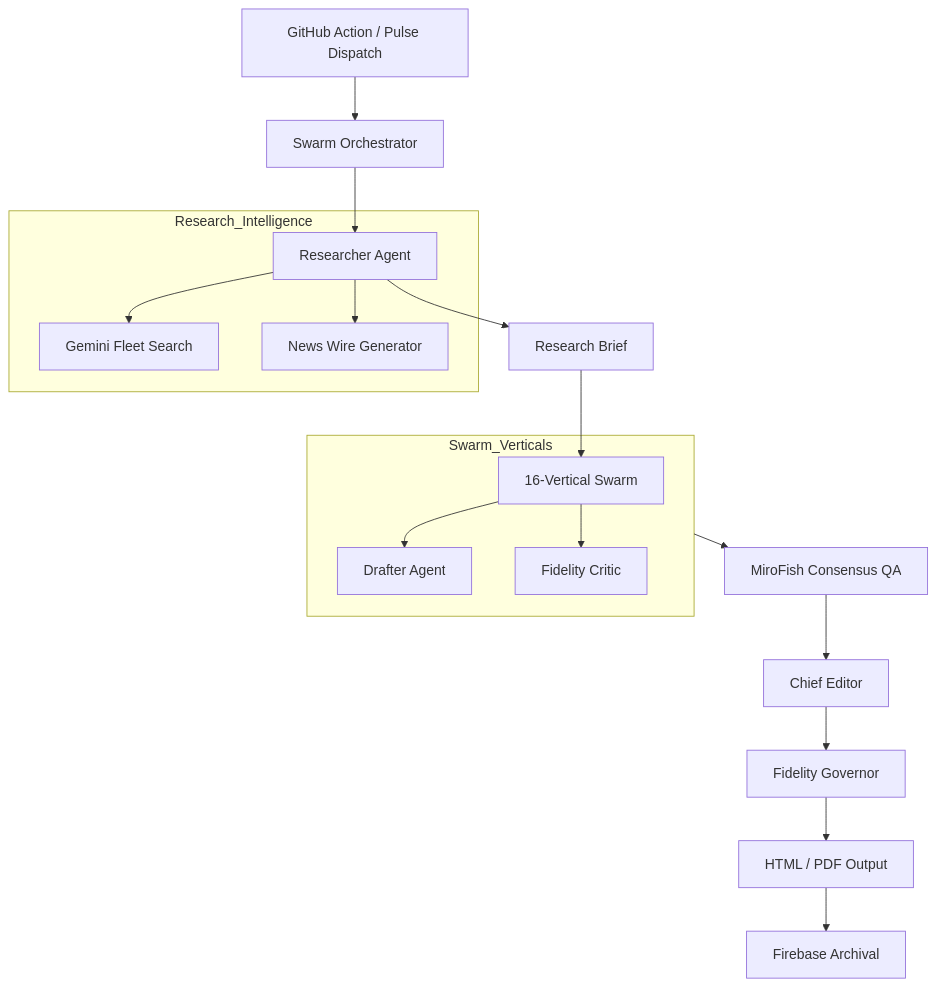
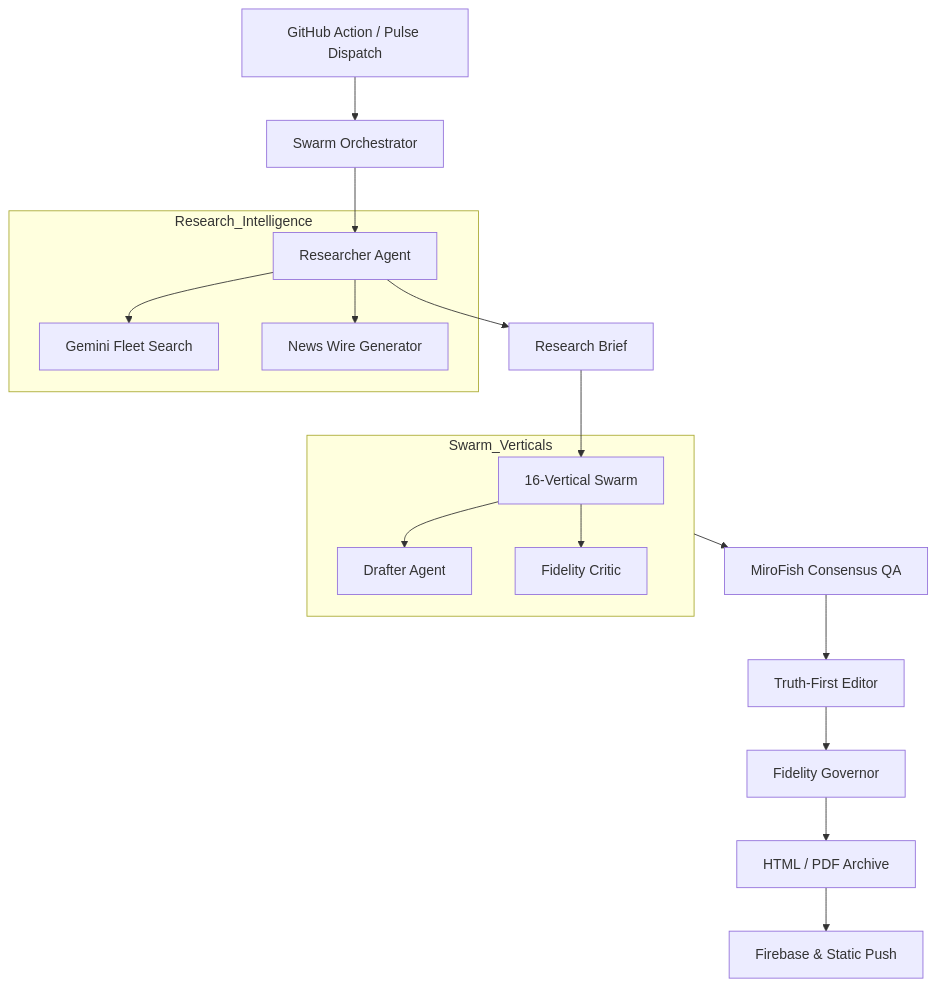
The diagram in README.md (abhishekdutta18/blogspro), drawn with Mermaid before and after one commit. The commit also changed other lines of this file and 753 other files, not shown here.

````diff
--- a/README.md
+++ b/README.md
@@ -78,20 +42,20 @@
 ```mermaid
 graph TD
     Trigger[GitHub Action / Pulse Dispatch] --> Orchestrator[Swarm Orchestrator]
     Orchestrator --> Researcher[Researcher Agent]
     subgraph Research_Intelligence
         Researcher --> Search[Gemini Fleet Search]
         Researcher --> Wire[News Wire Generator]
     end
     Researcher --> Brief[Research Brief]
     Brief --> Swarm[16-Vertical Swarm]
     subgraph Swarm_Verticals
         Swarm --> Drafter[Drafter Agent]
         Swarm --> Critic[Fidelity Critic]
     end
     Swarm_Verticals --> MiroFish[MiroFish Consensus QA]
-    MiroFish --> Editor[Chief Editor]
+    MiroFish --> Editor[Truth-First Editor]
     Editor --> Governor[Fidelity Governor]
-    Governor --> Export[HTML / PDF Output]
-    Export --> Firebase[Firebase Archival]
+    Governor --> Export[HTML / PDF Archive]
+    Export --> Firebase[Firebase & Static Push]
 ```
````
